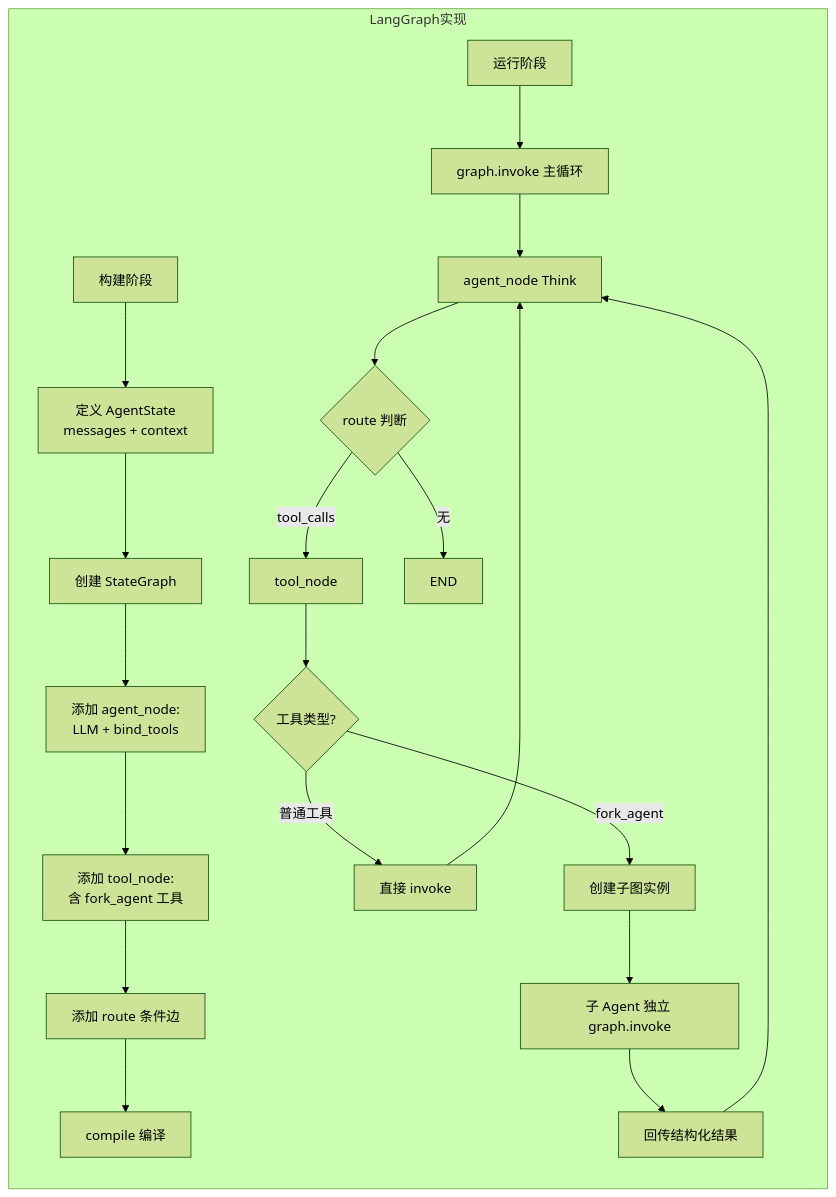
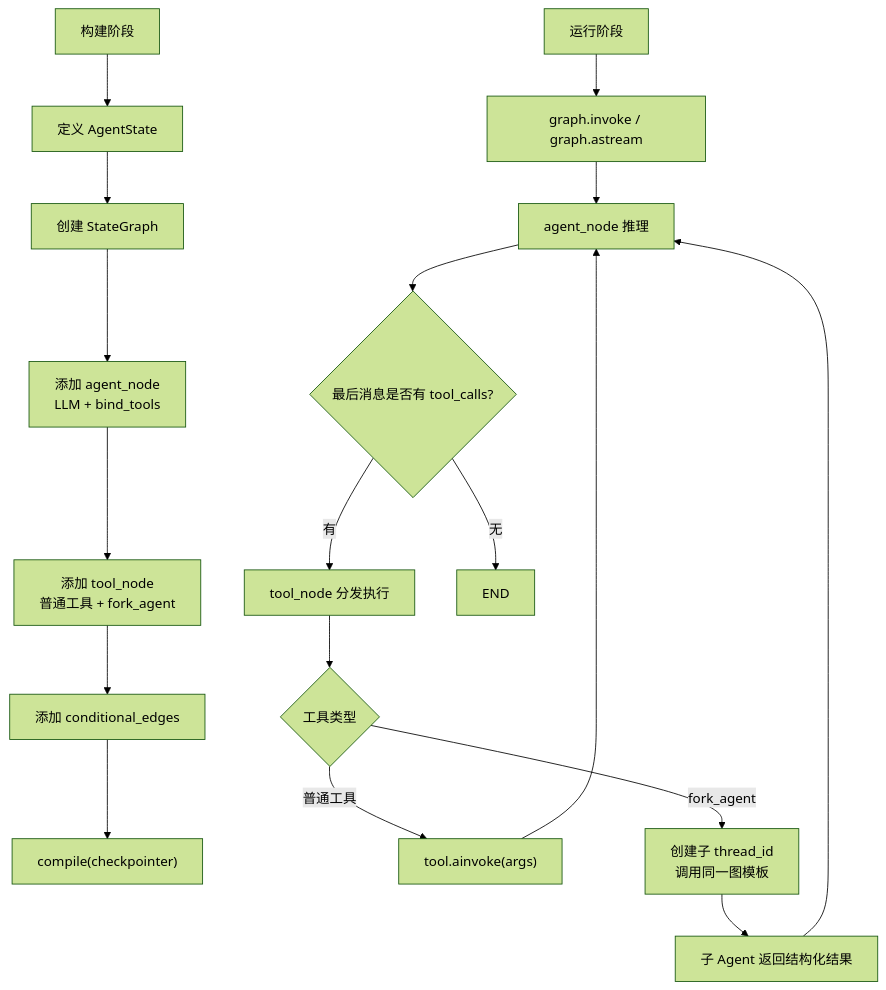
The fourth of 6 diagrams in docs/01-Agent架构设计.md (lzplsp666/glodex-agent), drawn with Mermaid (forest theme) before and after one commit. The commit also changed other lines of this file and 46 other files, not shown here.

Commit message:
Build phase 1 agent framework

````diff
--- a/docs/01-Agent架构设计.md
+++ b/docs/01-Agent架构设计.md
@@ -88,30 +291,21 @@
 ```mermaid
 flowchart TB
-    subgraph LangGraph实现
-        direction TB
+    Build["构建阶段"] --> S1["定义 AgentState"]
+    S1 --> S2["创建 StateGraph"]
+    S2 --> S3["添加 agent_node<br/>LLM + bind_tools"]
+    S3 --> S4["添加 tool_node<br/>普通工具 + fork_agent"]
+    S4 --> S5["添加 conditional_edges"]
+    S5 --> S6["compile(checkpointer)"]
 
-        Build[构建阶段]
-        Build --> B1[定义 AgentState<br/>messages + context]
-        B1 --> B2[创建 StateGraph]
-        B2 --> B3[添加 agent_node:<br/>LLM + bind_tools]
-        B3 --> B4[添加 tool_node:<br/>含 fork_agent 工具]
-        B4 --> B5[添加 route 条件边]
-        B5 --> B6[compile 编译]
-
-        Run[运行阶段]
-        Run --> R1[graph.invoke 主循环]
-        R1 --> R2[agent_node Think]
-        R2 --> R3{route 判断}
-        R3 -->|tool_calls| R4[tool_node]
-        R3 -->|无| R5[END]
-
-        R4 --> R6{工具类型?}
-        R6 -->|普通工具| R7[直接 invoke]
-        R6 -->|fork_agent| R8[创建子图实例]
-
-        R7 --> R2
-        R8 --> R9[子 Agent 独立 graph.invoke]
-        R9 --> R10[回传结构化结果]
-        R10 --> R2
-    end
+    Run["运行阶段"] --> R1["graph.invoke / graph.astream"]
+    R1 --> R2["agent_node 推理"]
+    R2 --> R3{"最后消息是否有 tool_calls?"}
+    R3 -->|"有"| R4["tool_node 分发执行"]
+    R4 --> R5{"工具类型"}
+    R5 -->|"普通工具"| R6["tool.ainvoke(args)"]
+    R5 -->|"fork_agent"| R7["创建子 thread_id<br/>调用同一图模板"]
+    R6 --> R2
+    R7 --> R8["子 Agent 返回结构化结果"]
+    R8 --> R2
+    R3 -->|"无"| END["END"]
 ```
````
